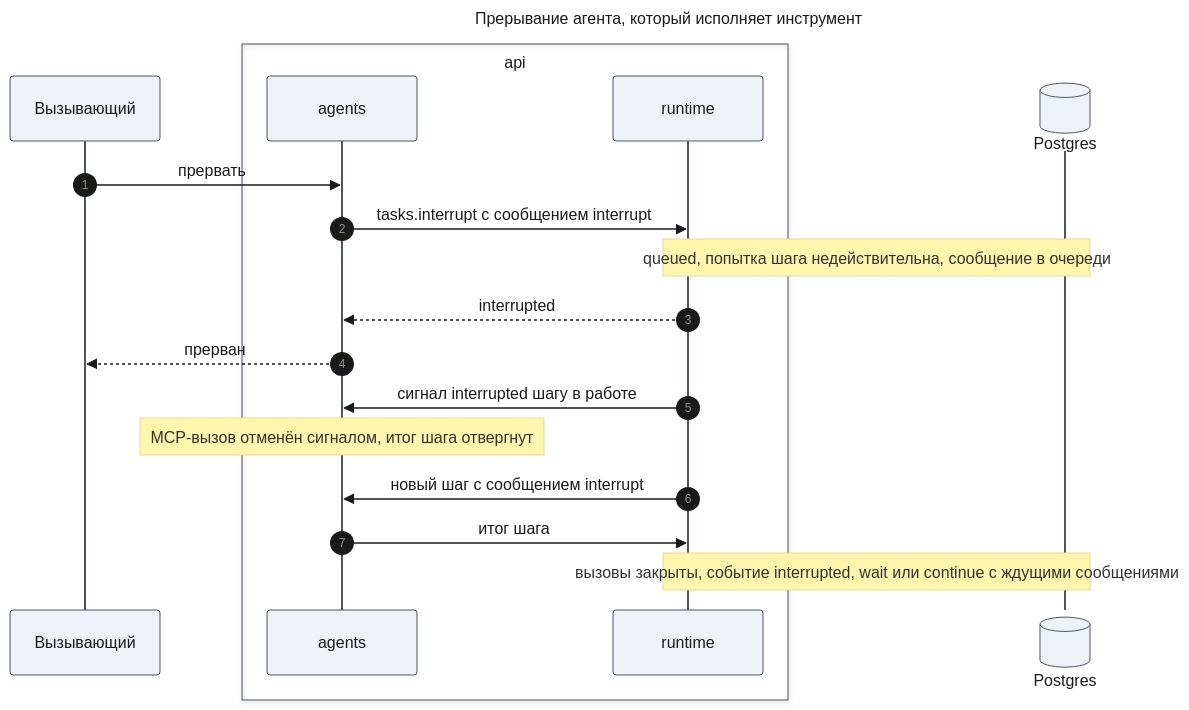
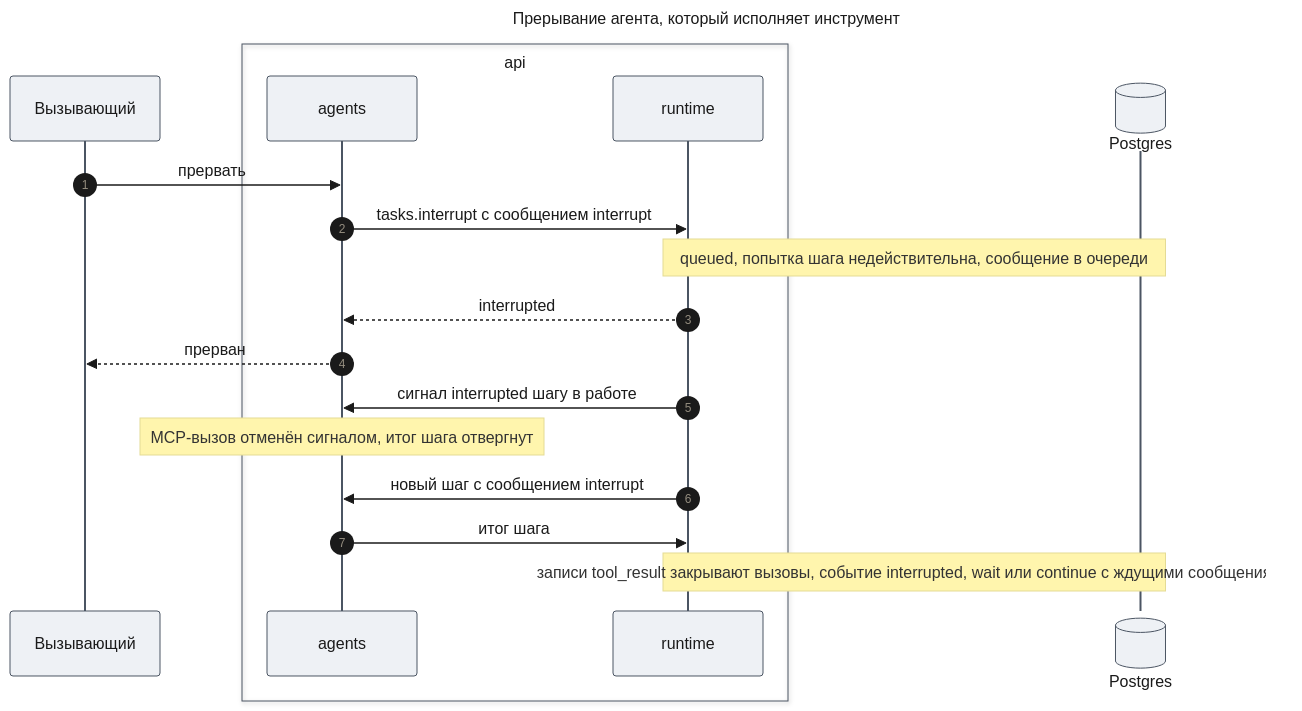
The seventh of 12 diagrams in docs/features/agent-platform/design-agents.md (tundraray/agent-os), drawn with Mermaid before and after one commit. The commit also changed other lines of this file and 420 other files, not shown here.

````diff
--- a/docs/features/agent-platform/design-agents.md
+++ b/docs/features/agent-platform/design-agents.md
@@ -502,41 +506,41 @@
 ```mermaid
 ---
 title: "Прерывание агента, который исполняет инструмент"
 config:
   theme: base
   look: classic
   themeVariables:
     primaryColor: "#eef1f5"
     primaryBorderColor: "#4b5563"
     primaryTextColor: "#1a1a1a"
     lineColor: "#6b7280"
   themeCSS: |
     @keyframes lit_ga4{0%,12.86%{stroke:#991b1b;stroke-width:6px}14.29%,100%{stroke:#37474f;stroke-width:2px}}
     @keyframes litr_ga4{0%,12.86%{stroke:#1d4ed8;stroke-width:6px}14.29%,100%{stroke:#37474f;stroke-width:2px}}
     .messageLine0[data-id='i1'],.messageLine1[data-id='i1']{animation:lit_ga4 8.4s linear 0s infinite}
     .messageLine0[data-id='i2'],.messageLine1[data-id='i2']{animation:lit_ga4 8.4s linear 1.2s infinite}
     .messageLine0[data-id='i4'],.messageLine1[data-id='i4']{animation:litr_ga4 8.4s linear 2.4s infinite}
     .messageLine0[data-id='i5'],.messageLine1[data-id='i5']{animation:litr_ga4 8.4s linear 3.6s infinite}
     .messageLine0[data-id='i6'],.messageLine1[data-id='i6']{animation:lit_ga4 8.4s linear 4.8s infinite}
     .messageLine0[data-id='i8'],.messageLine1[data-id='i8']{animation:litr_ga4 8.4s linear 6s infinite}
     .messageLine0[data-id='i9'],.messageLine1[data-id='i9']{animation:lit_ga4 8.4s linear 7.2s infinite}
 ---
 sequenceDiagram
     autonumber
     participant C as Вызывающий
     box api
     participant AG as agents
     participant RT as runtime
     end
     participant DB@{ "type": "database" } as Postgres
     C->>AG: прервать
     AG->>RT: tasks.interrupt с сообщением interrupt
     Note over RT,DB: queued, попытка шага недействительна, сообщение в очереди
     RT-->>AG: interrupted
     AG-->>C: прерван
     RT->>AG: сигнал interrupted шагу в работе
     Note over AG: MCP-вызов отменён сигналом, итог шага отвергнут
     RT->>AG: новый шаг с сообщением interrupt
     AG->>RT: итог шага
-    Note over RT,DB: вызовы закрыты, событие interrupted, wait или continue с ждущими сообщениями
+    Note over RT,DB: записи tool_result закрывают вызовы, событие interrupted, wait или continue с ждущими сообщениями
 ```
````
